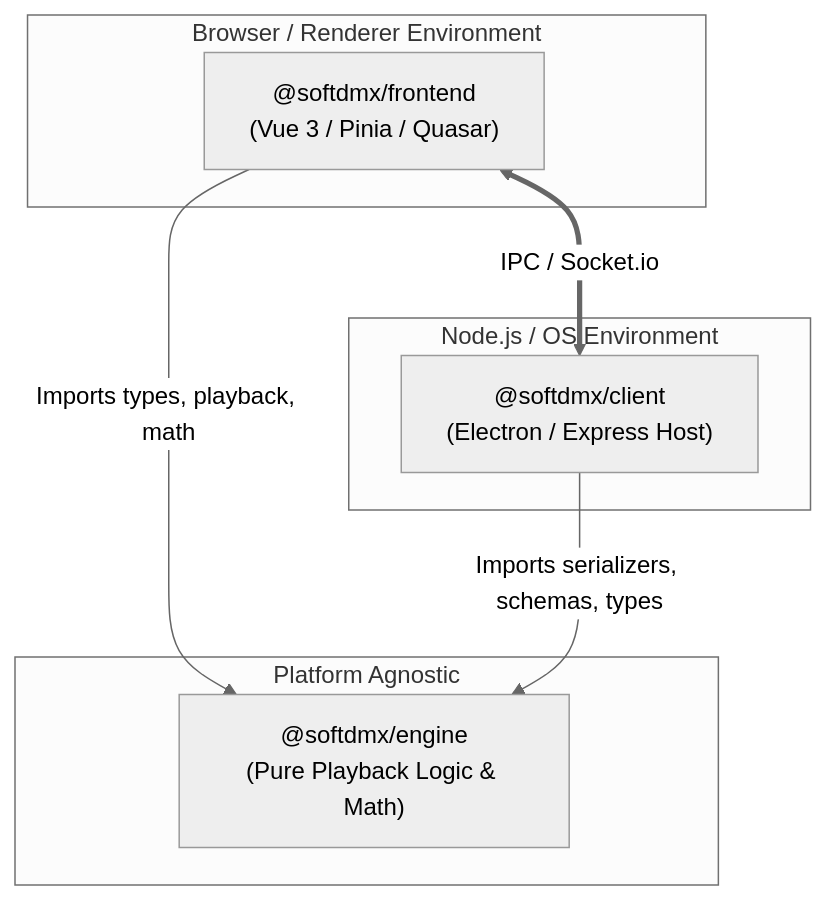
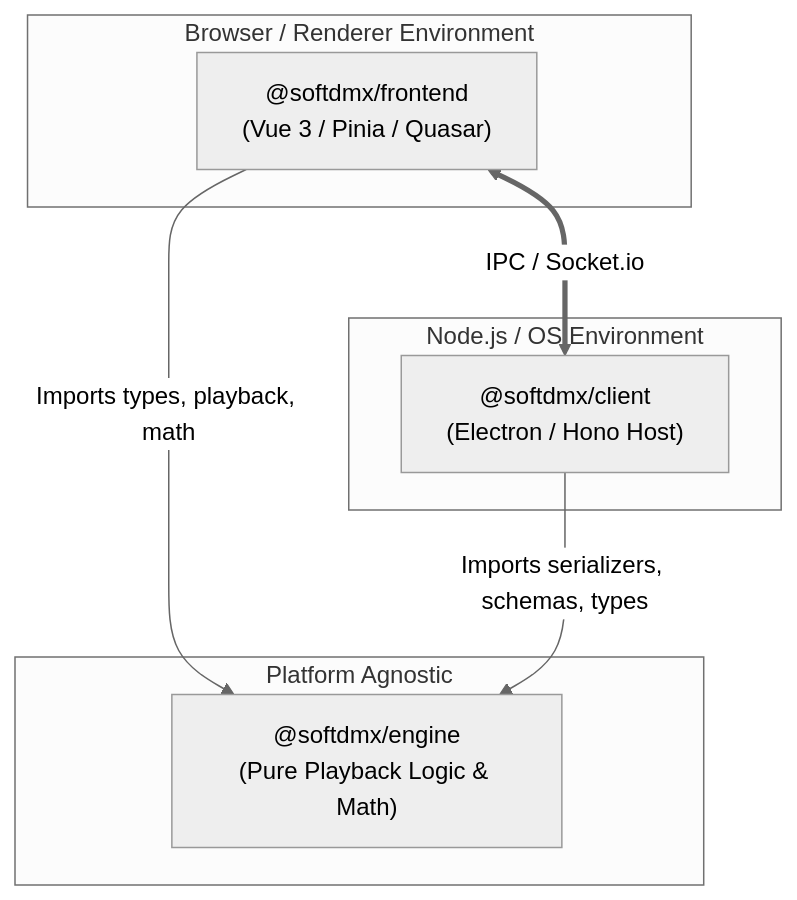
Before and after one commit to booploops/softdmx: the diagram in MEMORY/engine-architecture.md, drawn with Mermaid (neutral theme). The commit also changed other lines of this file and 15 other files, not shown here.

First line of the commit message:
docs: align docs with monorepo layout, Hono, Vitest, and schema 1.6

````diff
--- a/MEMORY/engine-architecture.md
+++ b/MEMORY/engine-architecture.md
@@ -11,18 +11,18 @@
 ```mermaid
 graph TD
     subgraph Browser / Renderer Environment
         Frontend["@softdmx/frontend<br>(Vue 3 / Pinia / Quasar)"]
     end
 
     subgraph Node.js / OS Environment
-        Client["@softdmx/client<br>(Electron / Express Host)"]
+        Client["@softdmx/client<br>(Electron / Hono Host)"]
     end
 
     subgraph Platform Agnostic
         Engine["@softdmx/engine<br>(Pure Playback Logic & Math)"]
     end
 
     Frontend -->|Imports types, playback, math| Engine
     Client -->|Imports serializers, schemas, types| Engine
     Frontend <==>|IPC / Socket.io| Client
 ```
````
